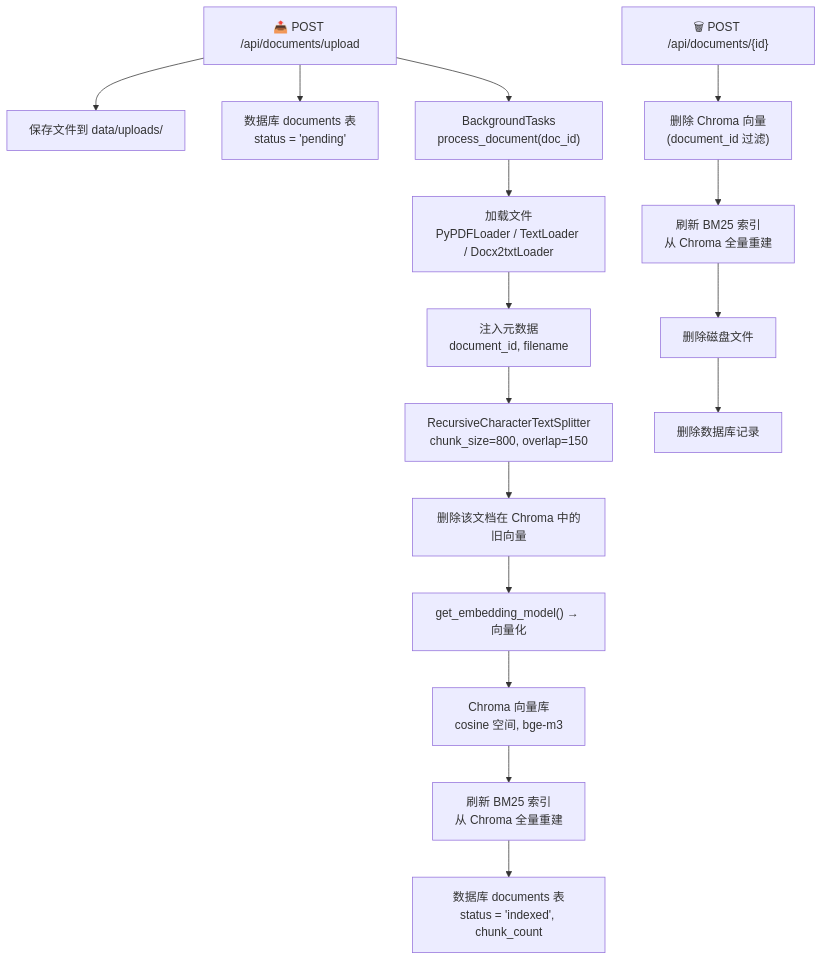
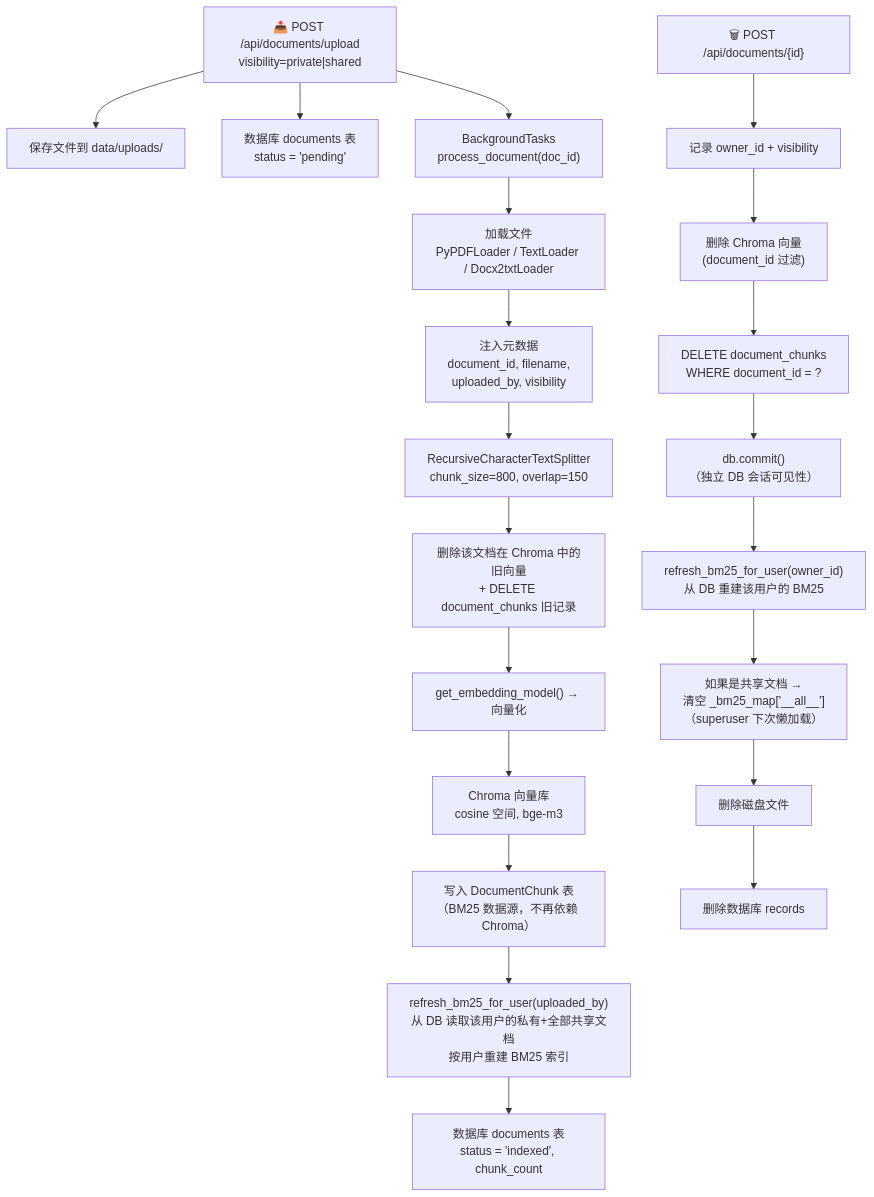
One commit to zqc1661586344/zz-demand-system changed the first of 6 diagrams in docs/RAG.md. Above: the diagram before and after it, drawn with Mermaid. The commit also changed other lines of this file and 10 other files, not shown here.

````diff
--- a/docs/RAG.md
+++ b/docs/RAG.md
@@ -22,39 +22,50 @@
 ```mermaid
 flowchart TD
-    Upload["📤 POST /api/documents/upload"]
+    Upload["📤 POST /api/documents/upload<br/>visibility=private|shared"]
     SaveDisk["保存文件到 data/uploads/"]
     DBCreate["数据库 documents 表<br/>status = 'pending'"]
     BGTask["BackgroundTasks<br/>process_document(doc_id)"]
     Load["加载文件<br/>PyPDFLoader / TextLoader / Docx2txtLoader"]
-    Meta["注入元数据<br/>document_id, filename"]
+    Meta["注入元数据<br/>document_id, filename,<br/>uploaded_by, visibility"]
     Split["RecursiveCharacterTextSplitter<br/>chunk_size=800, overlap=150"]
-    CleanOld["删除该文档在 Chroma 中的旧向量"]
+    CleanOld["删除该文档在 Chroma 中的旧向量<br/>+ DELETE document_chunks 旧记录"]
     Embed["get_embedding_model() → 向量化"]
     Chroma["Chroma 向量库<br/>cosine 空间, bge-m3"]
-    BM25Build["刷新 BM25 索引<br/>从 Chroma 全量重建"]
+    ChunkDB["写入 DocumentChunk 表<br/>（BM25 数据源，不再依赖 Chroma）"]
+    BM25Build["refresh_bm25_for_user(uploaded_by)<br/>从 DB 读取该用户的私有+全部共享文档<br/>按用户重建 BM25 索引"]
     DBUpdate["数据库 documents 表<br/>status = 'indexed', chunk_count"]
+
     Delete["🗑 POST /api/documents/{id}"]
+    DeleteGetOwner["记录 owner_id + visibility"]
     DeleteChroma["删除 Chroma 向量<br/>(document_id 过滤)"]
-    DeleteBM25["刷新 BM25 索引<br/>从 Chroma 全量重建"]
+    DeleteChunk["DELETE document_chunks<br/>WHERE document_id = ?"]
+    DeleteCommit["db.commit()<br/>（独立 DB 会话可见性）"]
+    DeleteBM25["refresh_bm25_for_user(owner_id)<br/>从 DB 重建该用户的 BM25"]
+    DeleteShared["如果是共享文档 →<br/>清空 _bm25_map['__all__']<br/>（superuser 下次懒加载）"]
     DeleteFile["删除磁盘文件"]
-    DeleteDB["删除数据库记录"]
+    DeleteDB["删除数据库 records"]
 
     %% 上传流程
     Upload --> SaveDisk
     Upload --> DBCreate
     Upload --> BGTask
     BGTask --> Load
     Load --> Meta
     Meta --> Split
     Split --> CleanOld
     CleanOld --> Embed
     Embed --> Chroma
-    Chroma --> BM25Build
+    Chroma --> ChunkDB
+    ChunkDB --> BM25Build
     BM25Build --> DBUpdate
 
     %% 删除流程
-    Delete --> DeleteChroma
-    DeleteChroma --> DeleteBM25
-    DeleteBM25 --> DeleteFile
+    Delete --> DeleteGetOwner
+    DeleteGetOwner --> DeleteChroma
+    DeleteChroma --> DeleteChunk
+    DeleteChunk --> DeleteCommit
+    DeleteCommit --> DeleteBM25
+    DeleteBM25 --> DeleteShared
+    DeleteShared --> DeleteFile
     DeleteFile --> DeleteDB
 ```
````
